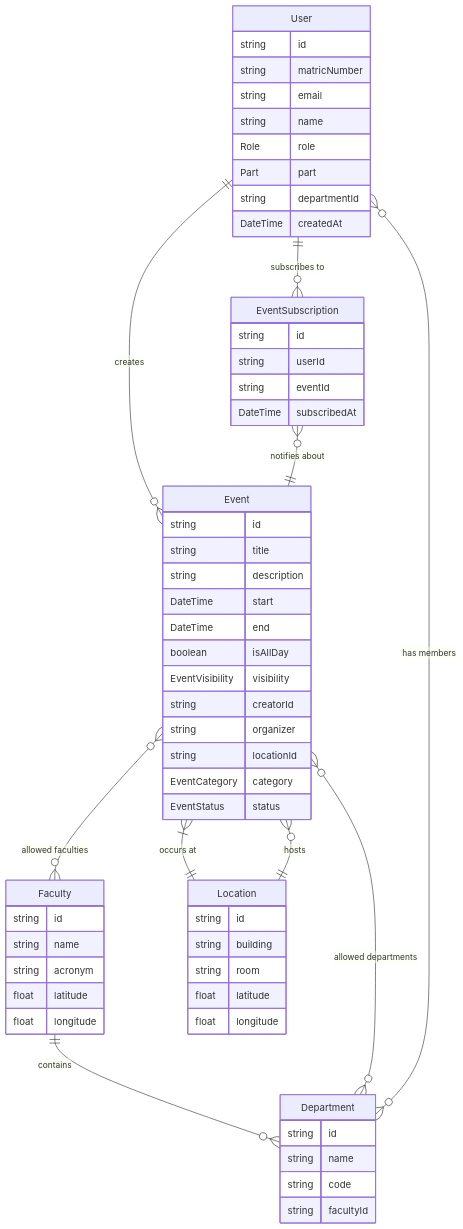
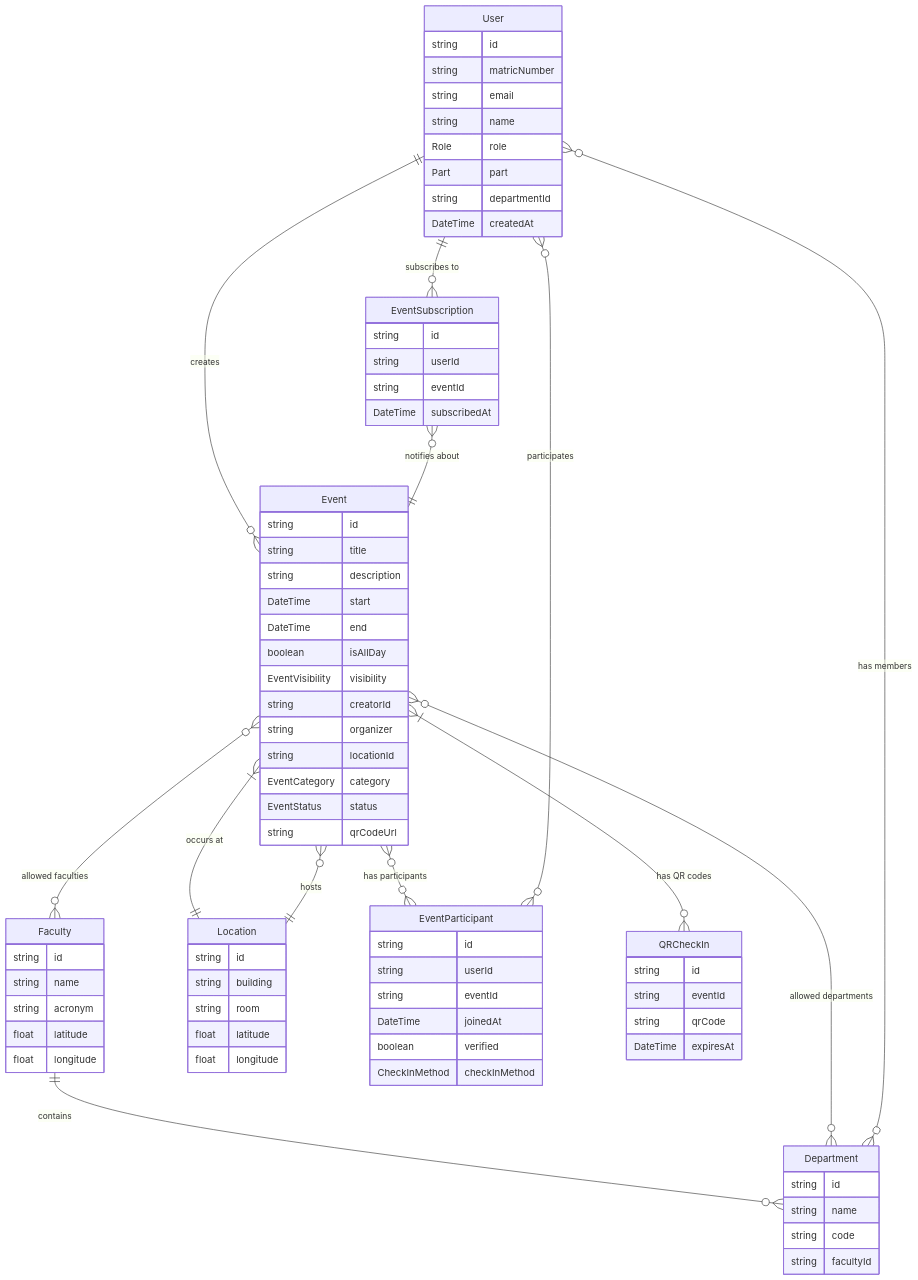
Before and after one commit to CampusUniverse/models: the second of 2 diagrams in user-event.md, drawn with Mermaid. The commit also changed other lines of this file, not shown here.

````diff
--- a/user-event.md
+++ b/user-event.md
@@ -88,6 +95,7 @@
         string locationId
         EventCategory category
         EventStatus status
+        string qrCodeUrl
     }
 
     Location {
@@ -105,13 +113,32 @@
         DateTime subscribedAt
     }
 
-    User ||--o{ Event : creates
+    EventParticipant {
+        string id
+        string userId
+        string eventId
+        DateTime joinedAt
+        boolean verified
+        CheckInMethod checkInMethod
+    }
+
+    QRCheckIn {
+        string id
+        string eventId
+        string qrCode
+        DateTime expiresAt
+    }
+
+    User ||--o{ Event : "creates"
     User ||--o{ EventSubscription : "subscribes to"
     EventSubscription }o--|| Event : "notifies about"
-    Faculty ||--o{ Department : contains
+    Faculty ||--o{ Department : "contains"
     Department }o--o{ User : "has members"
     Event }o--o{ Department : "allowed departments"
     Event }o--o{ Faculty : "allowed faculties"
     Event }|--|| Location : "occurs at"
-    Location ||--o{ Event : hosts
+    Location ||--o{ Event : "hosts"
+    Event }o--o{ EventParticipant : "has participants"
+    EventParticipant }o--o{ User : "participates"
+    Event }|--o{ QRCheckIn : "has QR codes"
 ```
````
